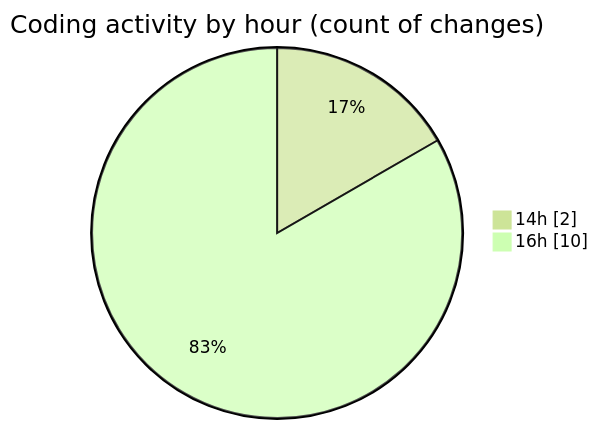
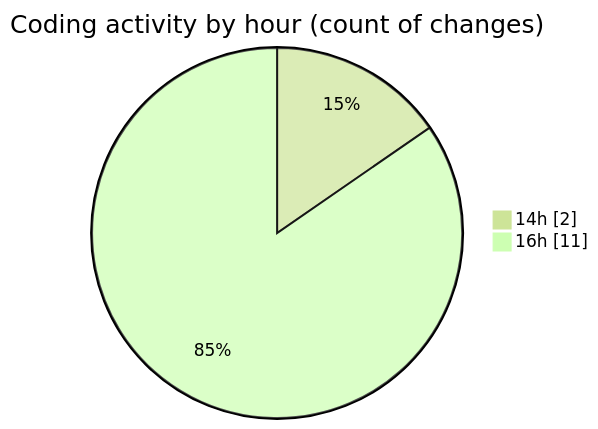
The second of 2 diagrams in 2026-01-05/budget_front_nest/README.md (igalym/code-tracking), drawn with Mermaid (forest theme) before and after one commit. The commit also changed other lines of this file and 1 other file, not shown here.

````diff
--- a/2026-01-05/budget_front_nest/README.md
+++ b/2026-01-05/budget_front_nest/README.md
@@ -34,6 +34,6 @@
 ```mermaid
 pie showData
 title Coding activity by hour (count of changes)
 "14h" : 2
-"16h" : 10
+"16h" : 11
 ```
````
